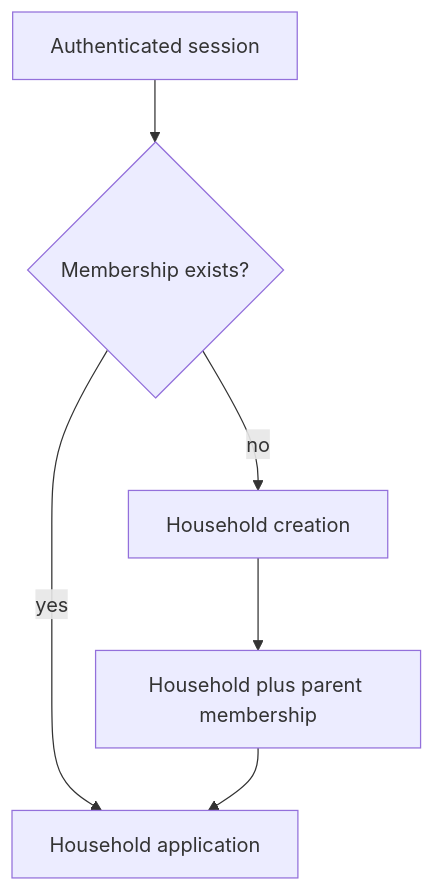
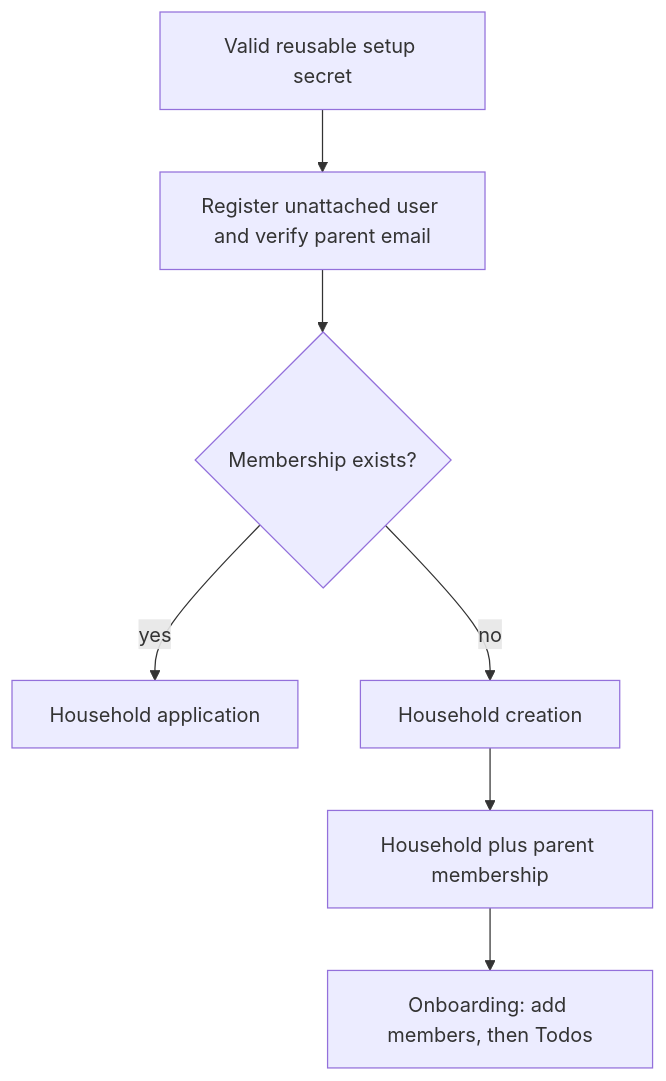
One commit to joew-ai/todone changed the diagram in openspec/changes/bootstrap-household-membership/design.md. Above: the diagram before and after it, drawn with Mermaid. The commit also changed other lines of this file and 44 other files, not shown here.

````diff
--- a/openspec/changes/bootstrap-household-membership/design.md
+++ b/openspec/changes/bootstrap-household-membership/design.md
@@ -13,8 +13,9 @@
 ```mermaid
 flowchart TD
-    A[Authenticated session] --> B{Membership exists?}
+    S[Valid reusable setup secret] --> A[Register unattached user and verify parent email]
+    A --> B{Membership exists?}
     B -->|yes| C[Household application]
     B -->|no| D[Household creation]
     D --> E[Household plus parent membership]
-    E --> C
+    E --> F[Onboarding: add members, then Todos]
 ```
````
